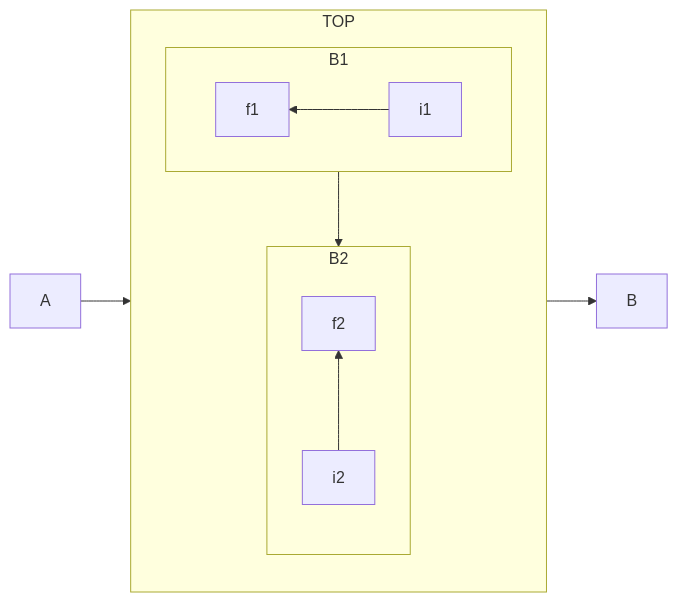
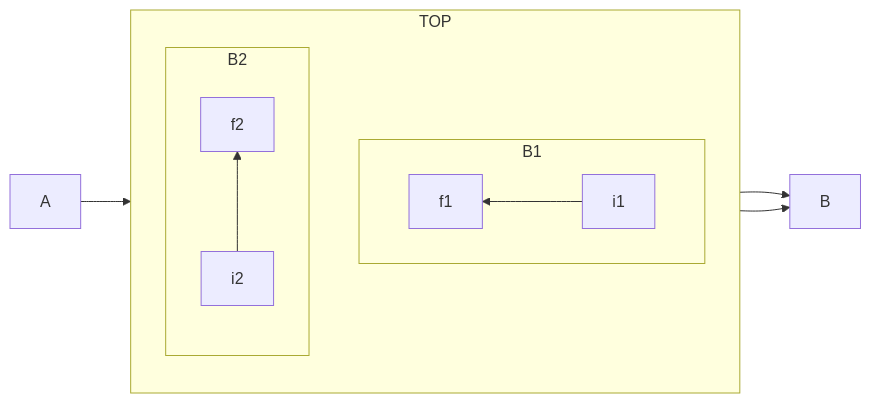
Before and after one commit to AI-READI/fairhub-pipeline: the diagram in mermaid/mmd/flow.mmd, drawn with Mermaid.

Commit message:
⚡️ fix: test update

```diff
--- a/mermaid/mmd/flow.mmd
+++ b/mermaid/mmd/flow.mmd
@@ -1,14 +1,14 @@
 flowchart LR
   subgraph TOP
     direction TB
     subgraph B1
         direction RL
         i1 -->f1
     end
     subgraph B2
         direction BT
         i2 -->f2
     end
   end
   A --> TOP --> B
-  B1 --> B2
+  B1 --> B
```
